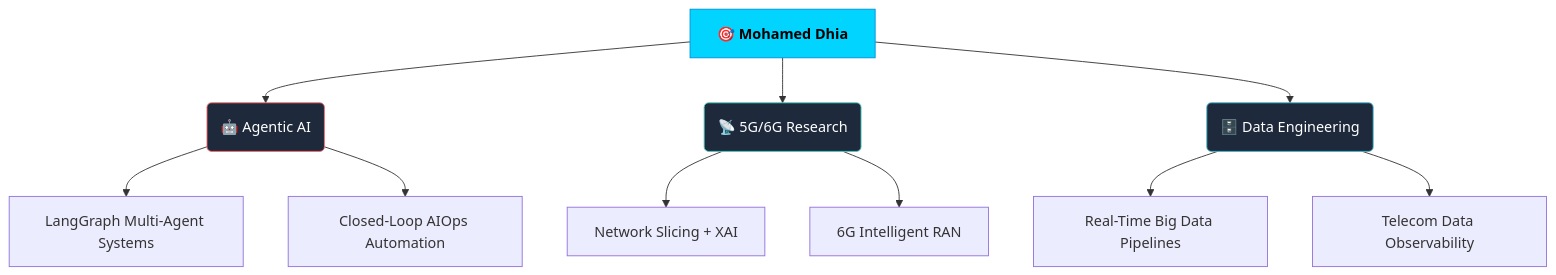
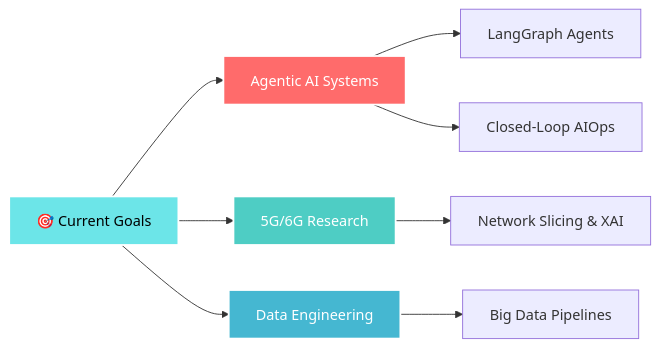
The diagram in README.md (Dhiac7/Dhiac7), drawn with Mermaid before and after one commit. The commit also changed other lines of this file, not shown here.

````diff
--- a/README.md
+++ b/README.md
@@ -90,20 +186,15 @@
 ```mermaid
-graph TD
-    A[🎯 Mohamed Dhia] --> B(🤖 Agentic AI)
-    A --> C(📡 5G/6G Research)
-    A --> D(🗄️ Data Engineering)
+graph LR
+    A[🎯 Current Goals] --> B[Agentic AI Systems]
+    A --> C[5G/6G Research]
+    A --> D[Data Engineering]
+    B --> E[LangGraph Agents]
+    B --> F[Closed-Loop AIOps]
+    C --> G[Network Slicing & XAI]
+    D --> H[Big Data Pipelines]
 
-    B --> B1[LangGraph Multi-Agent Systems]
-    B --> B2[Closed-Loop AIOps Automation]
-
-    C --> C1[Network Slicing + XAI]
-    C --> C2[6G Intelligent RAN]
-
-    D --> D1[Real-Time Big Data Pipelines]
-    D --> D2[Telecom Data Observability]
-
-    style A fill:#00d4ff,stroke:#0090d9,color:#000,font-weight:bold
-    style B fill:#1e293b,stroke:#FF6B6B,color:#fff
-    style C fill:#1e293b,stroke:#4ECDC4,color:#fff
-    style D fill:#1e293b,stroke:#45B7D1,color:#fff
+    style A fill:#6CE5E8,stroke:#fff,stroke-width:2px,color:#000
+    style B fill:#FF6B6B,stroke:#fff,stroke-width:2px,color:#fff
+    style C fill:#4ECDC4,stroke:#fff,stroke-width:2px,color:#fff
+    style D fill:#45B7D1,stroke:#fff,stroke-width:2px,color:#fff
 ```
````
